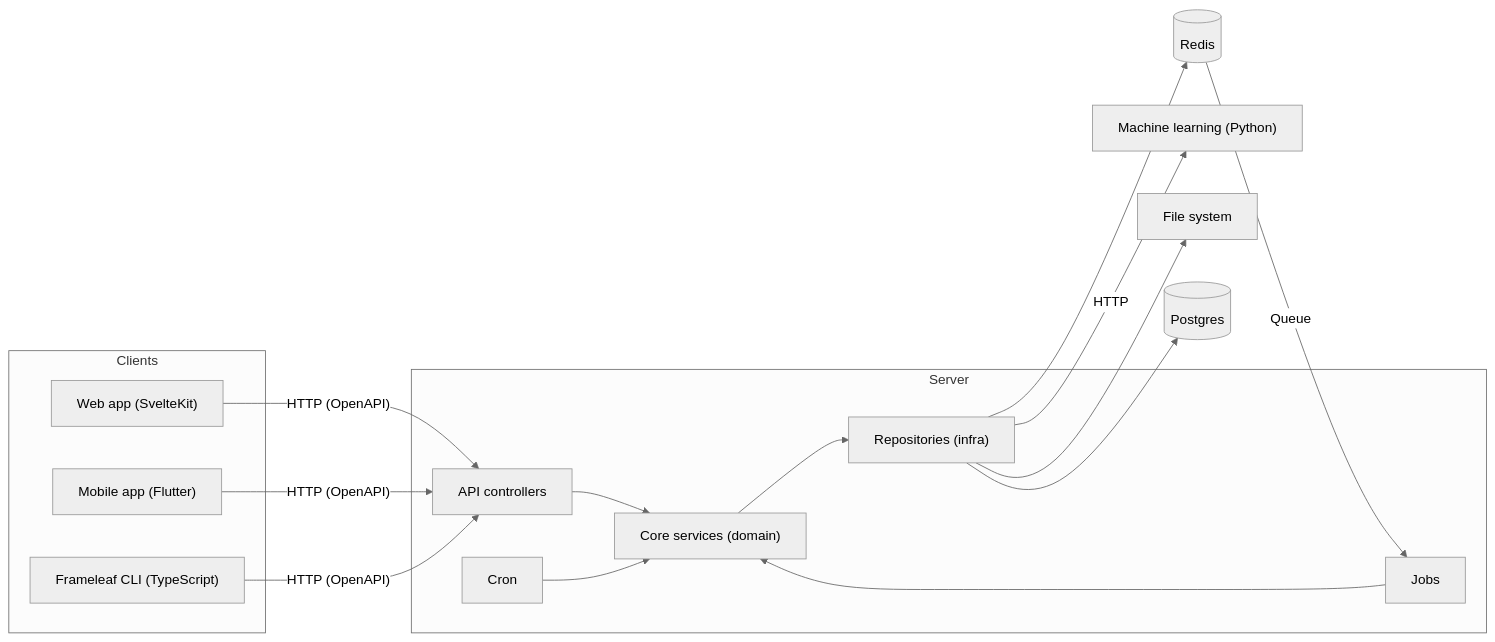
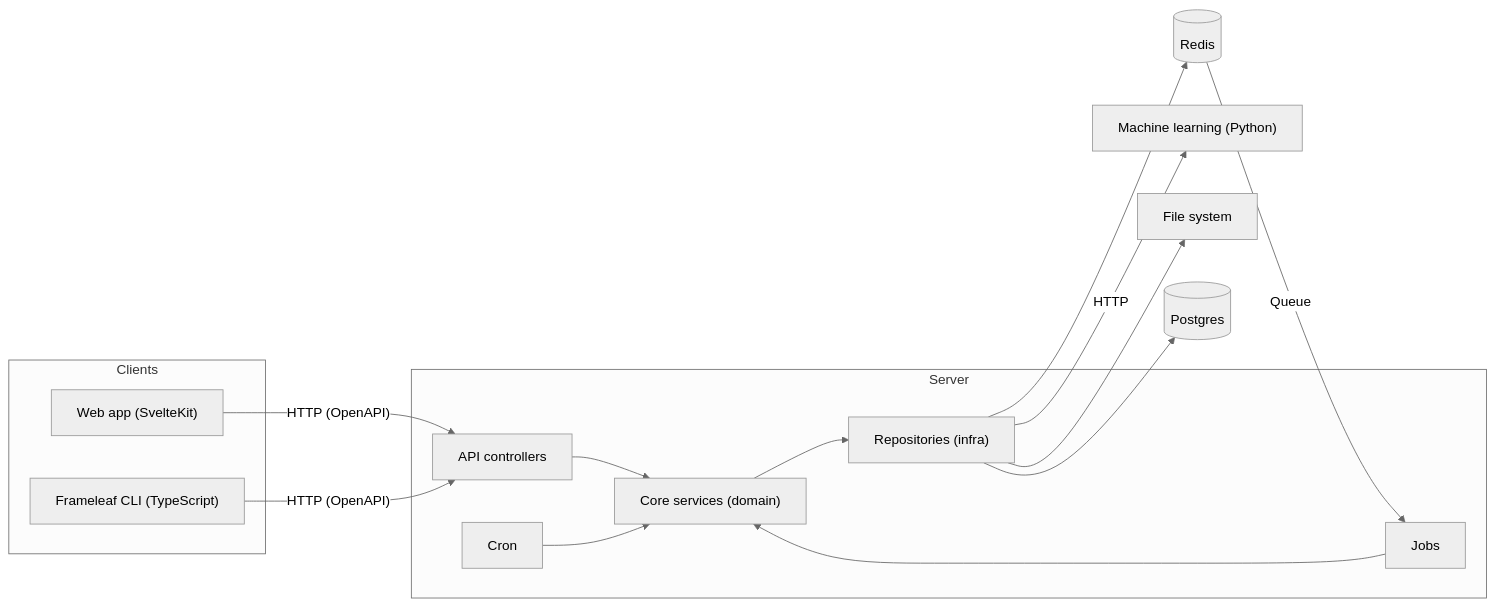
One commit to Frameleaf/frameleaf-app changed the diagram in docs/docs/developer/architecture.mdx. Above: the diagram before and after it, drawn with Mermaid (neutral theme). The commit also changed other lines of this file and 11 other files, not shown here.

First line of the commit message:
docs: point developers at the upcoming native apps instead of the Flutter app

````diff
--- a/docs/docs/developer/architecture.mdx
+++ b/docs/docs/developer/architecture.mdx
@@ -13,27 +11,25 @@
 ```mermaid
 graph LR
     subgraph Clients
         W["Web app (SvelteKit)"]
-        M["Mobile app (Flutter)"]
         C["Frameleaf CLI (TypeScript)"]
     end
     subgraph Server
         API[API controllers]
         CORE["Core services (domain)"]
         REPO["Repositories (infra)"]
         CRON[Cron]
         JOBS[Jobs]
     end
     W -- "HTTP (OpenAPI)" --> API
-    M -- "HTTP (OpenAPI)" --> API
     C -- "HTTP (OpenAPI)" --> API
     API --> CORE
     CRON --> CORE
     JOBS --> CORE
     CORE --> REPO
     REPO -- HTTP --> ML["Machine learning (Python)"]
     REPO --> FS[File system]
     REPO --> PG[(Postgres)]
     REPO --> RD[(Redis)]
     RD -- Queue --> JOBS
 ```
````
